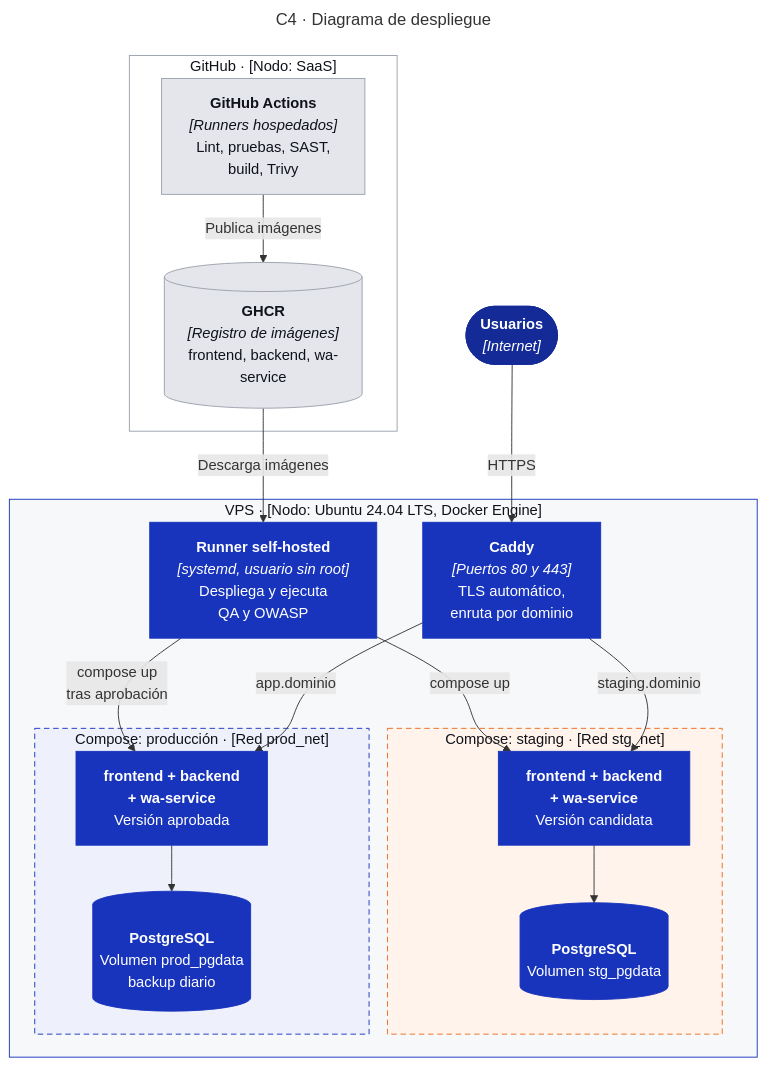
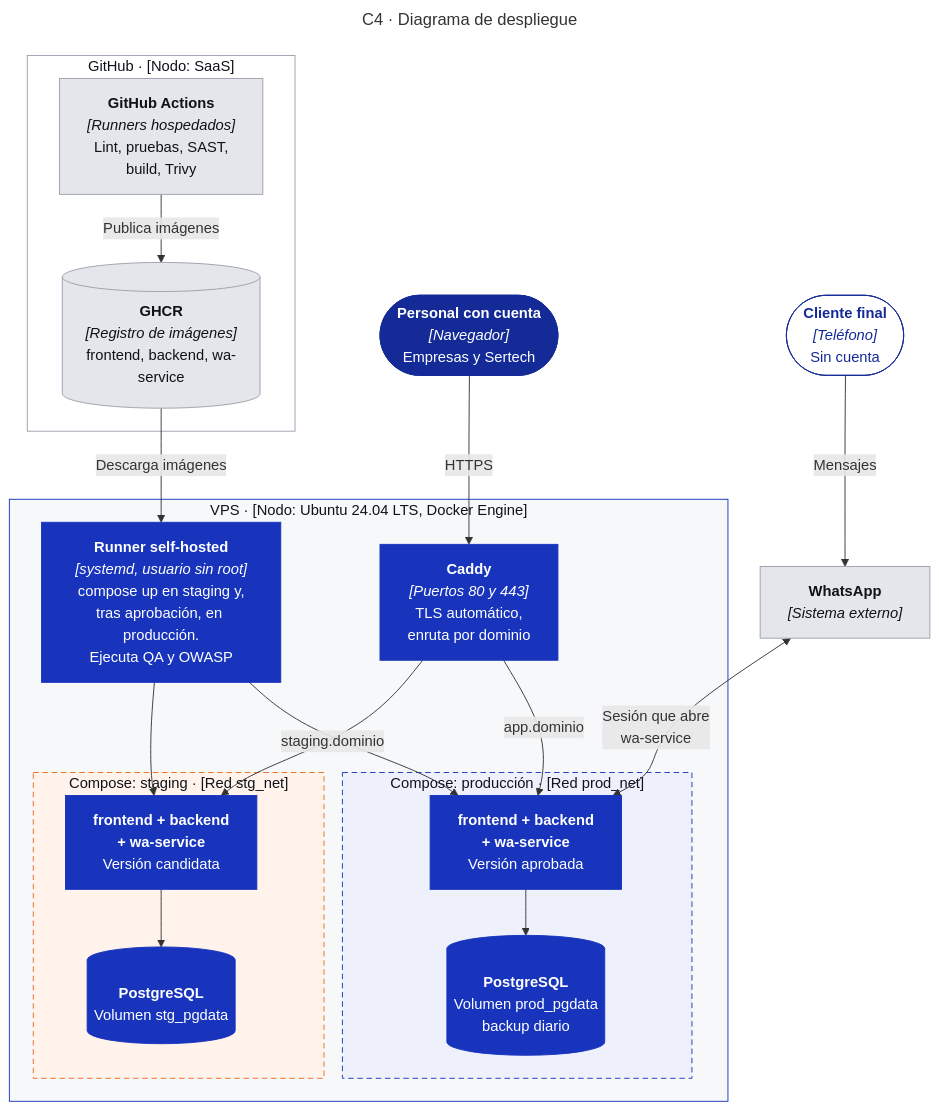
The diagram in docs/01-arquitectura/infraestructura/despliegue-vps.md (GerardoGM14/app-tesis-chatbot), drawn with Mermaid before and after one commit. The commit also changed other lines of this file and 20 other files, not shown here.

Commit message:
docs: arquitectura y seguridad con el cliente final fuera de la plataforma

````diff
--- a/docs/01-arquitectura/infraestructura/despliegue-vps.md
+++ b/docs/01-arquitectura/infraestructura/despliegue-vps.md
@@ -5,48 +5,54 @@
 ```mermaid
 ---
 title: "C4 · Diagrama de despliegue"
 ---
 flowchart TB
-  internet(["<b>Usuarios</b><br/><i>[Internet]</i>"])
+  personal(["<b>Personal con cuenta</b><br/><i>[Navegador]</i><br/>Empresas y Sertech"])
+  cliente(["<b>Cliente final</b><br/><i>[Teléfono]</i><br/>Sin cuenta"])
+  whatsapp["<b>WhatsApp</b><br/><i>[Sistema externo]</i>"]
 
   subgraph GH["GitHub · [Nodo: SaaS]"]
     actions["<b>GitHub Actions</b><br/><i>[Runners hospedados]</i><br/>Lint, pruebas, SAST,<br/>build, Trivy"]
     ghcr[("<b>GHCR</b><br/><i>[Registro de imágenes]</i><br/>frontend, backend, wa-service")]
   end
 
   subgraph VPS["VPS · [Nodo: Ubuntu 24.04 LTS, Docker Engine]"]
-    runner["<b>Runner self-hosted</b><br/><i>[systemd, usuario sin root]</i><br/>Despliega y ejecuta<br/>QA y OWASP"]
+    runner["<b>Runner self-hosted</b><br/><i>[systemd, usuario sin root]</i><br/>compose up en staging y,<br/>tras aprobación, en producción.<br/>Ejecuta QA y OWASP"]
     caddy["<b>Caddy</b><br/><i>[Puertos 80 y 443]</i><br/>TLS automático,<br/>enruta por dominio"]
 
     subgraph STG["Compose: staging · [Red stg_net]"]
       stg_app["<b>frontend + backend<br/>+ wa-service</b><br/>Versión candidata"]
       stg_db[("<b>PostgreSQL</b><br/>Volumen stg_pgdata")]
     end
 
     subgraph PROD["Compose: producción · [Red prod_net]"]
       prod_app["<b>frontend + backend<br/>+ wa-service</b><br/>Versión aprobada"]
       prod_db[("<b>PostgreSQL</b><br/>Volumen prod_pgdata<br/>backup diario")]
     end
   end
 
   actions -- "Publica imágenes" --> ghcr
   ghcr -- "Descarga imágenes" --> runner
-  runner -- "compose up" --> stg_app
-  runner -- "compose up<br/>tras aprobación" --> prod_app
-  internet -- "HTTPS" --> caddy
+  runner --> stg_app
+  runner --> prod_app
+  personal -- "HTTPS" --> caddy
+  cliente -- "Mensajes" --> whatsapp
+  whatsapp <-- "Sesión que abre<br/>wa-service" --> prod_app
   caddy -- "staging.dominio" --> stg_app
   caddy -- "app.dominio" --> prod_app
   stg_app --> stg_db
   prod_app --> prod_db
 
   classDef infra fill:#1834BC,stroke:#1834BC,color:#FFFFFF
   classDef external fill:#E4E6EB,stroke:#9AA0AC,color:#0F1219
   classDef person fill:#142A97,stroke:#142A97,color:#FFFFFF
   class runner,caddy,stg_app,stg_db,prod_app,prod_db infra
-  class actions,ghcr external
-  class internet person
+  classDef client fill:#FFFFFF,stroke:#142A97,color:#142A97
+  class actions,ghcr,whatsapp external
+  class personal person
+  class cliente client
   style GH fill:#FFFFFF,stroke:#9AA0AC,color:#0F1219
   style VPS fill:#F7F8FA,stroke:#1834BC,color:#0F1219
   style STG fill:#FFF3EC,stroke:#EB6B1D,stroke-dasharray:6 4,color:#0F1219
   style PROD fill:#EEF1FC,stroke:#1834BC,stroke-dasharray:6 4,color:#0F1219
 ```
````
